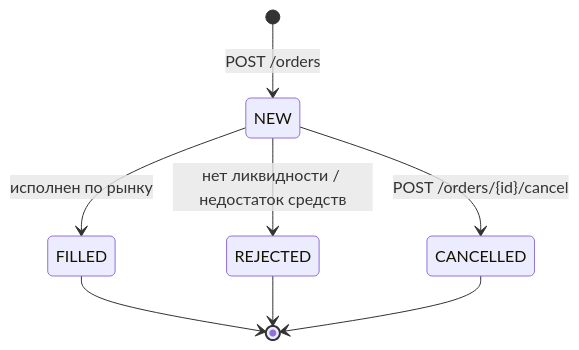
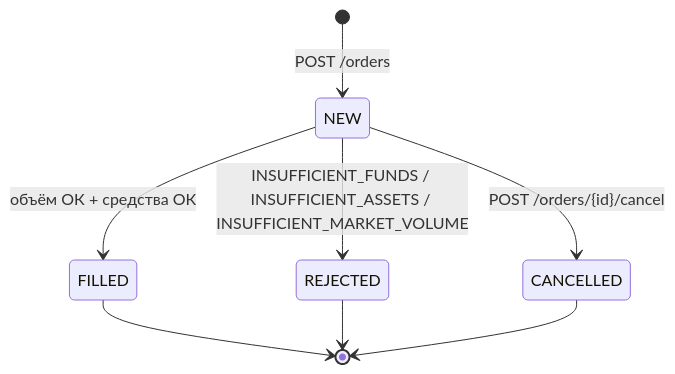
Before and after one commit to awesoma31/TrumpInvestitions: the first of 2 diagrams in docs/obsidian/01 - Сервисы/trading-service.md, drawn with Mermaid. The commit also changed other lines of this file and 6 other files, not shown here.

````diff
--- a/docs/obsidian/01 - Сервисы/trading-service.md
+++ b/docs/obsidian/01 - Сервисы/trading-service.md
@@ -23,10 +24,10 @@
 ```mermaid
 stateDiagram-v2
     [*] --> NEW : POST /orders
-    NEW --> FILLED : исполнен по рынку
-    NEW --> REJECTED : нет ликвидности / недостаток средств
+    NEW --> FILLED : объём ОК + средства ОК
+    NEW --> REJECTED : INSUFFICIENT_FUNDS / INSUFFICIENT_ASSETS / INSUFFICIENT_MARKET_VOLUME
+    NEW --> CANCELLED : POST /orders/{id}/cancel
     FILLED --> [*]
     REJECTED --> [*]
-    NEW --> CANCELLED : POST /orders/{id}/cancel
     CANCELLED --> [*]
 ```
````
